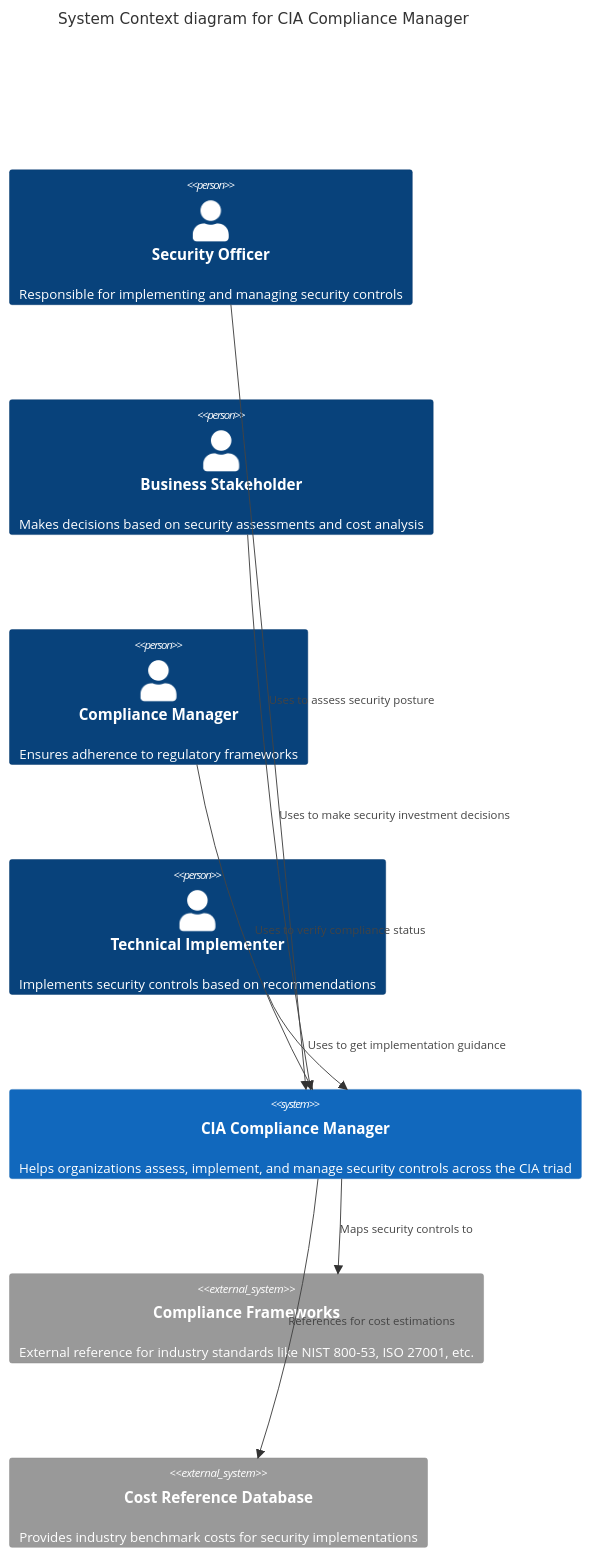
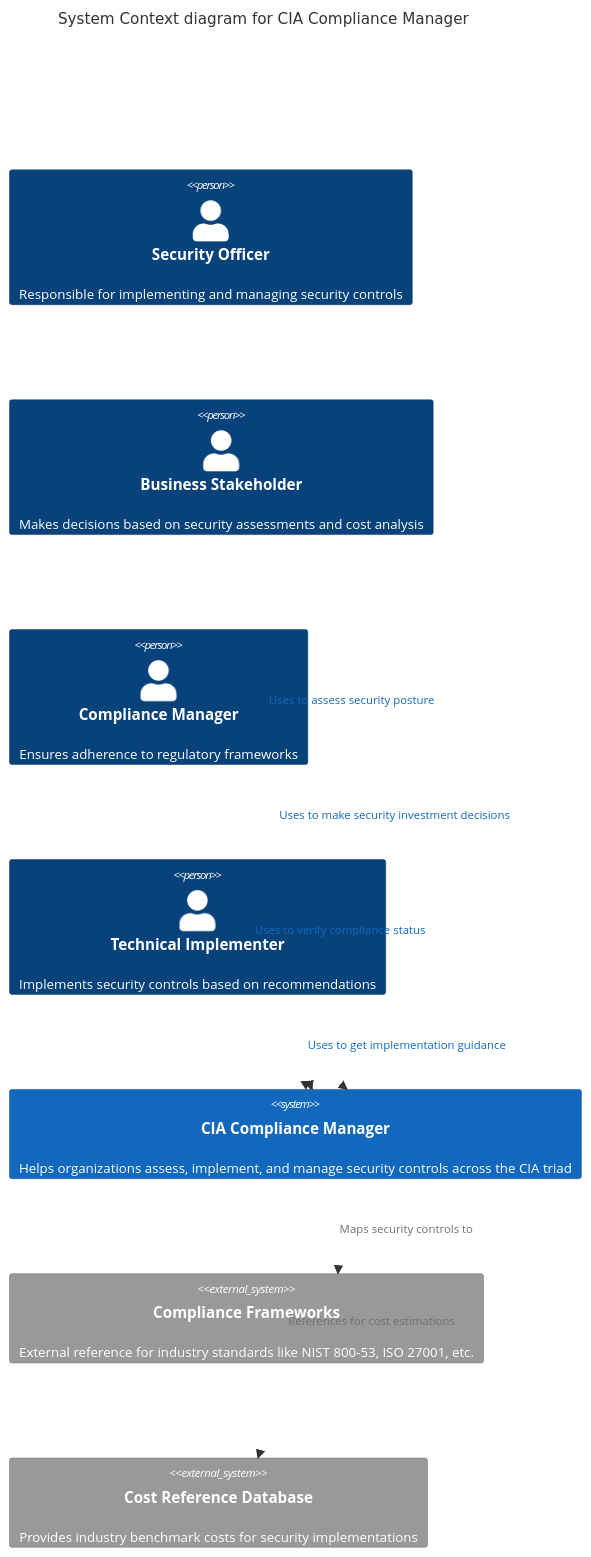
One commit to step-security-bot/cia-compliance-manager changed the first of 4 diagrams in docs/architecture/ARCHITECTURE.md. Above: the diagram before and after it, drawn with Mermaid. The commit also changed other lines of this file and 5 other files, not shown here.

Commit message:
feat(docs): enhance architecture documentation with strategic focus and visual aids for SWOT, flowcharts, and state diagrams

````diff
--- a/docs/architecture/ARCHITECTURE.md
+++ b/docs/architecture/ARCHITECTURE.md
@@ -7,24 +26,42 @@
 ```mermaid
 C4Context
   title System Context diagram for CIA Compliance Manager
 
   Person(securityOfficer, "Security Officer", "Responsible for implementing and managing security controls")
   Person(businessStakeholder, "Business Stakeholder", "Makes decisions based on security assessments and cost analysis")
   Person(complianceManager, "Compliance Manager", "Ensures adherence to regulatory frameworks")
   Person(technicalImplementer, "Technical Implementer", "Implements security controls based on recommendations")
 
   System(ciaCM, "CIA Compliance Manager", "Helps organizations assess, implement, and manage security controls across the CIA triad")
 
   System_Ext(complianceFrameworks, "Compliance Frameworks", "External reference for industry standards like NIST 800-53, ISO 27001, etc.")
   System_Ext(costDatabase, "Cost Reference Database", "Provides industry benchmark costs for security implementations")
 
   Rel(securityOfficer, ciaCM, "Uses to assess security posture")
   Rel(businessStakeholder, ciaCM, "Uses to make security investment decisions")
   Rel(complianceManager, ciaCM, "Uses to verify compliance status")
   Rel(technicalImplementer, ciaCM, "Uses to get implementation guidance")
 
   Rel(ciaCM, complianceFrameworks, "Maps security controls to")
   Rel(ciaCM, costDatabase, "References for cost estimations")
 
   UpdateLayoutConfig($c4ShapeInRow="3", $c4BoundaryInRow="1")
+
+  %% Colors and styles
+  UpdateRelStyle(securityOfficer, ciaCM, "#1168bd", "bold")
+  UpdateRelStyle(businessStakeholder, ciaCM, "#1168bd", "bold")
+  UpdateRelStyle(complianceManager, ciaCM, "#1168bd", "bold")
+  UpdateRelStyle(technicalImplementer, ciaCM, "#1168bd", "bold")
+
+  UpdateRelStyle(ciaCM, complianceFrameworks, "#707070", "dashed")
+  UpdateRelStyle(ciaCM, costDatabase, "#707070", "dashed")
+
+  UpdateElementStyle(securityOfficer, $fontColor="#ffffff", $bgColor="#08427b", $borderColor="#052E56")
+  UpdateElementStyle(businessStakeholder, $fontColor="#ffffff", $bgColor="#08427b", $borderColor="#052E56")
+  UpdateElementStyle(complianceManager, $fontColor="#ffffff", $bgColor="#08427b", $borderColor="#052E56")
+  UpdateElementStyle(technicalImplementer, $fontColor="#ffffff", $bgColor="#08427b", $borderColor="#052E56")
+
+  UpdateElementStyle(ciaCM, $fontColor="#ffffff", $bgColor="#1168bd", $borderColor="#0b4884")
+  UpdateElementStyle(complianceFrameworks, $fontColor="#ffffff", $bgColor="#999999", $borderColor="#6b6b6b")
+  UpdateElementStyle(costDatabase, $fontColor="#ffffff", $bgColor="#999999", $borderColor="#6b6b6b")
 ```
````
